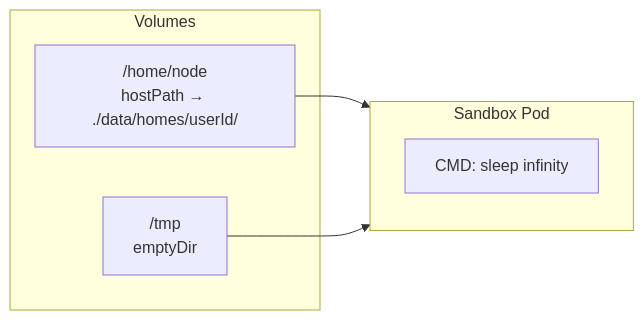
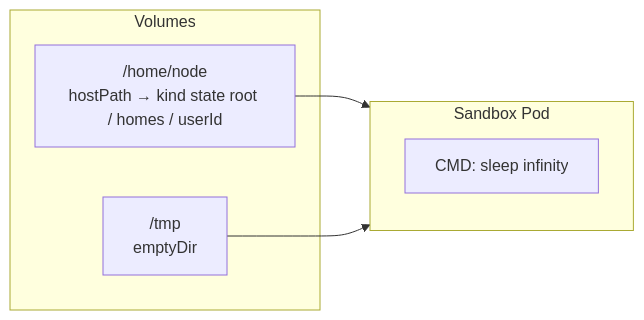
The third of 3 diagrams in docs/ARCHITECTURE.md (sigilmakes/goldilocks-app), drawn with Mermaid before and after one commit. The commit also changed other lines of this file and 31 other files, not shown here.

````diff
--- a/docs/ARCHITECTURE.md
+++ b/docs/ARCHITECTURE.md
@@ -110,12 +110,12 @@
 ```mermaid
 graph LR
     subgraph Pod["Sandbox Pod"]
         Sleep["CMD: sleep infinity"]
     end
     subgraph Volumes
-        Home["/home/node<br/>hostPath → ./data/homes/userId/"]
+        Home["/home/node<br/>hostPath → kind state root / homes / userId"]
         Tmp["/tmp<br/>emptyDir"]
     end
     Home --> Pod
     Tmp --> Pod
 ```
````
